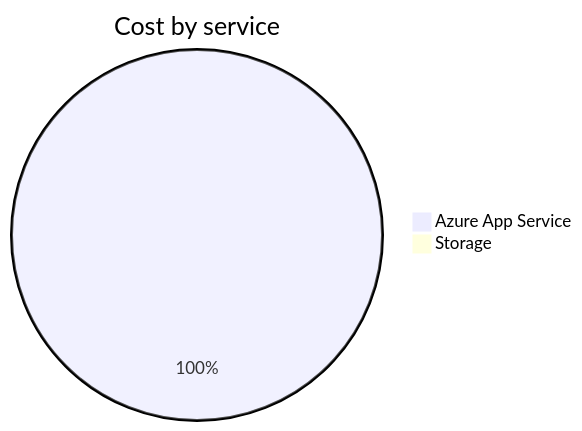
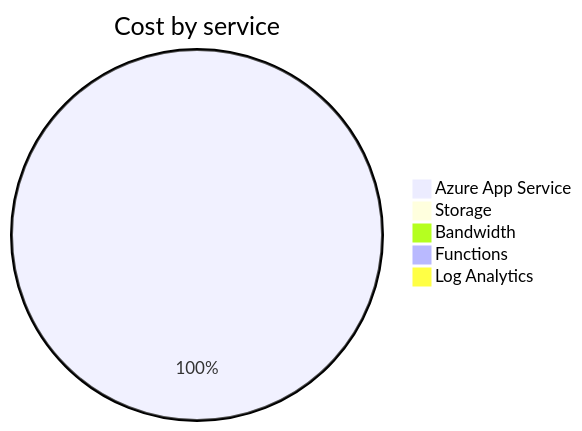
One commit to jpfulton/azure-personal-reports changed the second of 4 diagrams in cost-reports/personal-site/README.md. Above: the diagram before and after it, drawn with Mermaid. The commit also changed other lines of this file and 6 other files, not shown here.

````diff
--- a/cost-reports/personal-site/README.md
+++ b/cost-reports/personal-site/README.md
@@ -94,6 +97,9 @@
 ```mermaid
 pie
    title Cost by service
-   "Azure App Service" : 0.39
+   "Azure App Service" : 1.01
    "Storage" : 0.00
+   "Bandwidth" : 0.00
+   "Functions" : 0.00
+   "Log Analytics" : 0.00
 ```
````
